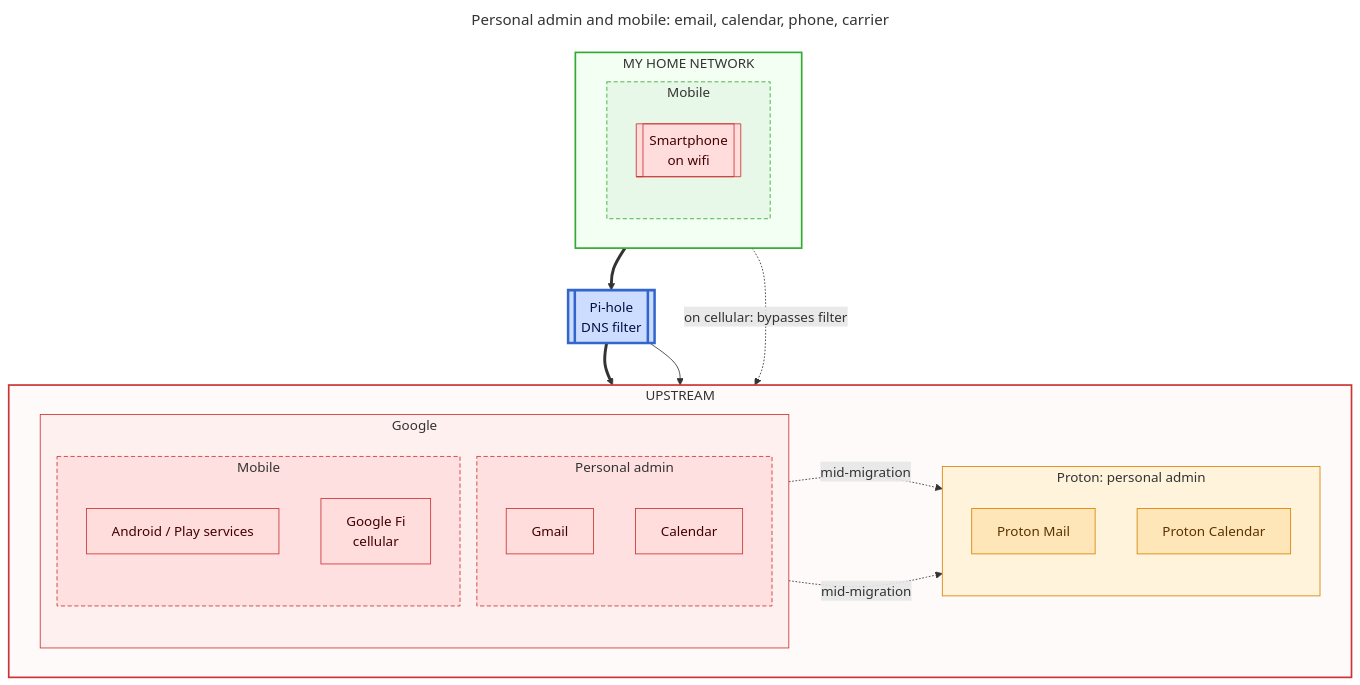
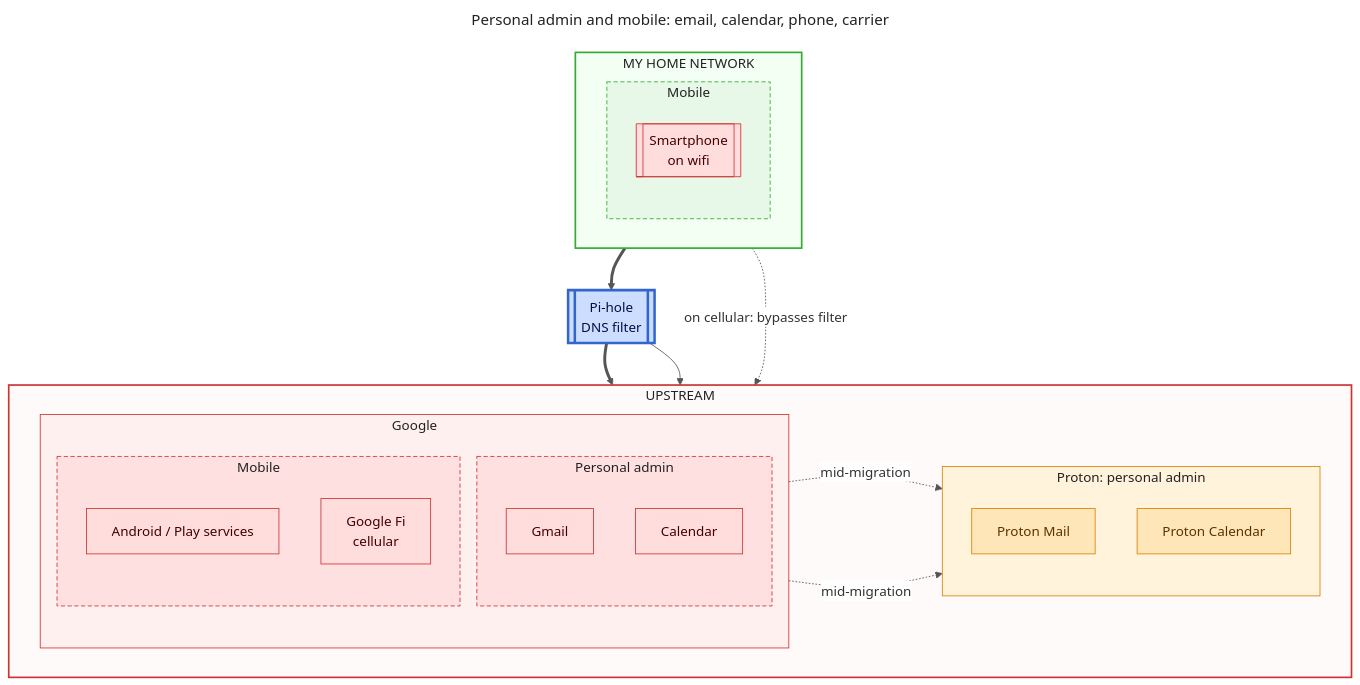
One commit to lowlydba/torch-the-tech changed the third of 3 diagrams in README.md. Above: the diagram before and after it, drawn with Mermaid. The commit also changed other lines of this file, not shown here.

Commit message:
Use dark text on pastel backgrounds

````diff
--- a/README.md
+++ b/README.md
@@ -174,64 +188,71 @@
 ```mermaid
 ---
 title: "Personal admin and mobile: email, calendar, phone, carrier"
+config:
+  theme: base
+  themeVariables:
+    textColor: '#222222'
+    titleColor: '#222222'
+    edgeLabelBackground: '#ffffff'
+    lineColor: '#555555'
 ---
 flowchart TB
     subgraph home["MY HOME NETWORK"]
         direction LR
 
         subgraph h_mobile["Mobile"]
             direction TB
             pixel[[Smartphone<br/>on wifi]]
         end
     end
 
     pihole[[Pi-hole<br/>DNS filter]]
 
     subgraph out["UPSTREAM"]
         direction LR
 
         subgraph google["Google"]
             direction TB
 
             subgraph g_admin["Personal admin"]
                 gmail[Gmail]
                 gcal[Calendar]
             end
 
             subgraph g_mobile["Mobile"]
                 gapps[Android / Play services]
                 fi[Google Fi<br/>cellular]
             end
         end
 
         subgraph proton["Proton: personal admin"]
             direction TB
             pmail[Proton Mail]
             pcal[Proton Calendar]
         end
     end
 
     h_mobile ==> pihole
     pihole ==> google
     pihole --> proton
 
     pixel -. "on cellular: bypasses filter" .-> fi
     gmail -. "mid-migration" .-> pmail
     gcal -. "mid-migration" .-> pcal
 
     classDef big fill:#fdd,stroke:#c33,color:#400
     classDef self fill:#dfd,stroke:#3a3,color:#040
     classDef gate fill:#cdf,stroke:#36c,stroke-width:3px,color:#014
     classDef hosted fill:#ffe6b8,stroke:#d98200,color:#5a3300
     class gmail,gcal,gapps,fi big
     class pmail,pcal hosted
     class pixel big
     class pihole gate
-    style home fill:#f4fff4,stroke:#3a3,stroke-width:2px
-    style out fill:#fffafa,stroke:#c33,stroke-width:2px
-    style h_mobile fill:#e8f8e8,stroke:#3a3,stroke-dasharray: 5 3
-    style google fill:#fff0f0,stroke:#c33
-    style g_admin fill:#ffe0e0,stroke:#c33,stroke-dasharray: 5 3
-    style g_mobile fill:#ffe0e0,stroke:#c33,stroke-dasharray: 5 3
-    style proton fill:#fff3dc,stroke:#d98200
+    style home fill:#f4fff4,stroke:#3a3,stroke-width:2px,color:#222
+    style out fill:#fffafa,stroke:#c33,stroke-width:2px,color:#222
+    style h_mobile fill:#e8f8e8,stroke:#3a3,stroke-dasharray: 5 3,color:#222
+    style google fill:#fff0f0,stroke:#c33,color:#222
+    style g_admin fill:#ffe0e0,stroke:#c33,stroke-dasharray: 5 3,color:#222
+    style g_mobile fill:#ffe0e0,stroke:#c33,stroke-dasharray: 5 3,color:#222
+    style proton fill:#fff3dc,stroke:#d98200,color:#222
 ```
````
